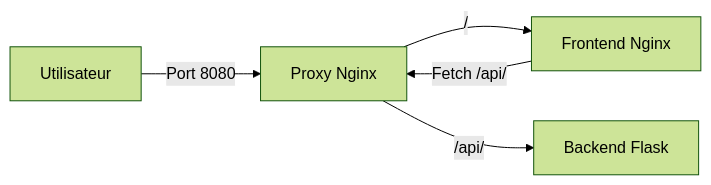
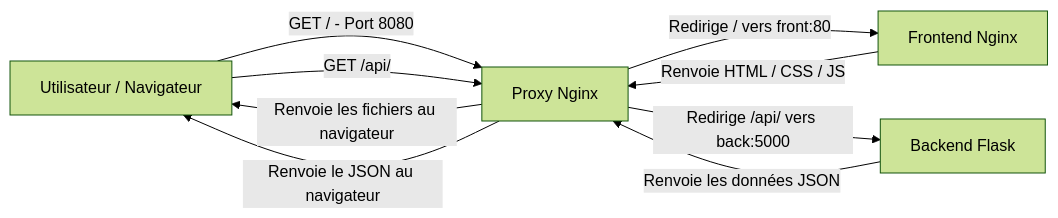
Before and after one commit to PaulineBGZI/docker-cloud: the diagram in docs/architecture.md, drawn with Mermaid (forest theme). The commit also changed other lines of this file, not shown here.

Commit message:
Amélioration du schéma d'architecture

````diff
--- a/docs/architecture.md
+++ b/docs/architecture.md
@@ -87,9 +107,17 @@
 ```mermaid
 flowchart LR
-    U[Utilisateur] -->|Port 8080| P[Proxy Nginx]
+    U[Utilisateur / Navigateur]
+    P[Proxy Nginx]
+    F[Frontend Nginx]
+    B[Backend Flask]
 
-    P -->|/| F[Frontend Nginx]
-    P -->|/api/| B[Backend Flask]
+    U -->|GET / - Port 8080| P
+    P -->|Redirige / vers front:80| F
+    F -->|Renvoie HTML / CSS / JS| P
+    P -->|Renvoie les fichiers au navigateur| U
 
-    F -->|Fetch /api/| P
+    U -->|GET /api/| P
+    P -->|Redirige /api/ vers back:5000| B
+    B -->|Renvoie les données JSON| P
+    P -->|Renvoie le JSON au navigateur| U
 ```
````
